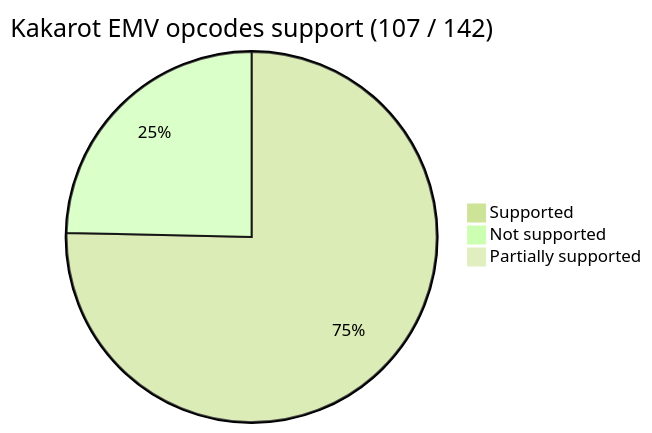
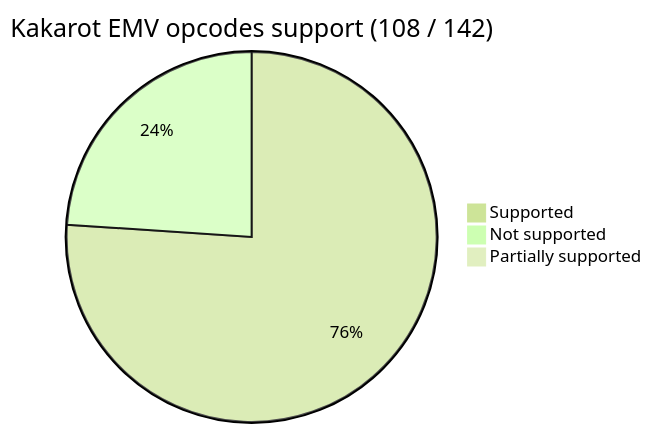
Before and after one commit to kkrt-labs/kakarot: the first of 2 diagrams in README.md, drawn with Mermaid. The commit also changed 7 other files, not shown here.

````diff
--- a/README.md
+++ b/README.md
@@ -36,9 +36,9 @@
 ```mermaid
 %%{init: {'theme': 'forest', 'themeVariables': { 'darkMode': 'false'}}}%%
 
-pie title Kakarot EMV opcodes support (107 / 142)
-    "Supported" : 107
-    "Not supported" : 35
+pie title Kakarot EMV opcodes support (108 / 142)
+    "Supported" : 108
+    "Not supported" : 34
 
     "Partially supported" : 0
 ```
````
